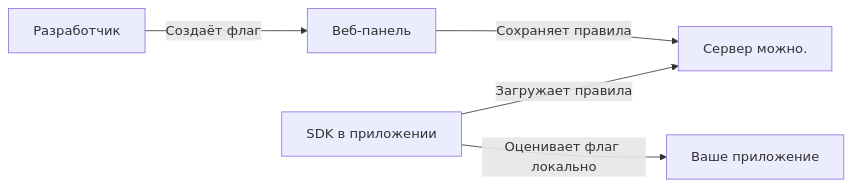
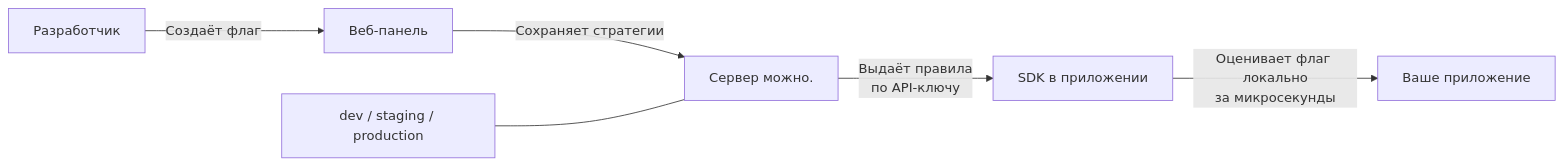
Before and after one commit to edgar-dev20/mozhno: the diagram in docs/guide/getting-started.md, drawn with Mermaid. The commit also changed other lines of this file and 9 other files, not shown here.

Commit message:
docs: close 5 UX gaps — api-key step in quick-start, mental model in overview, RELEASE vs KILLSWITCH table, full lifecycle diagram

````diff
--- a/docs/guide/getting-started.md
+++ b/docs/guide/getting-started.md
@@ -15,7 +15,8 @@
 ```mermaid
 graph LR
     A[Разработчик] -->|Создаёт флаг| B[Веб-панель]
-    B -->|Сохраняет правила| C[Сервер можно.]
-    D[SDK в приложении] -->|Загружает правила| C
-    D -->|Оценивает флаг локально| E[Ваше приложение]
+    B -->|Сохраняет стратегии| C[Сервер можно.]
+    C -->|Выдаёт правила<br/>по API-ключу| D[SDK в приложении]
+    D -->|Оценивает флаг локально<br/>за микросекунды| E[Ваше приложение]
+    F[dev / staging / production] --- C
 ```
````
